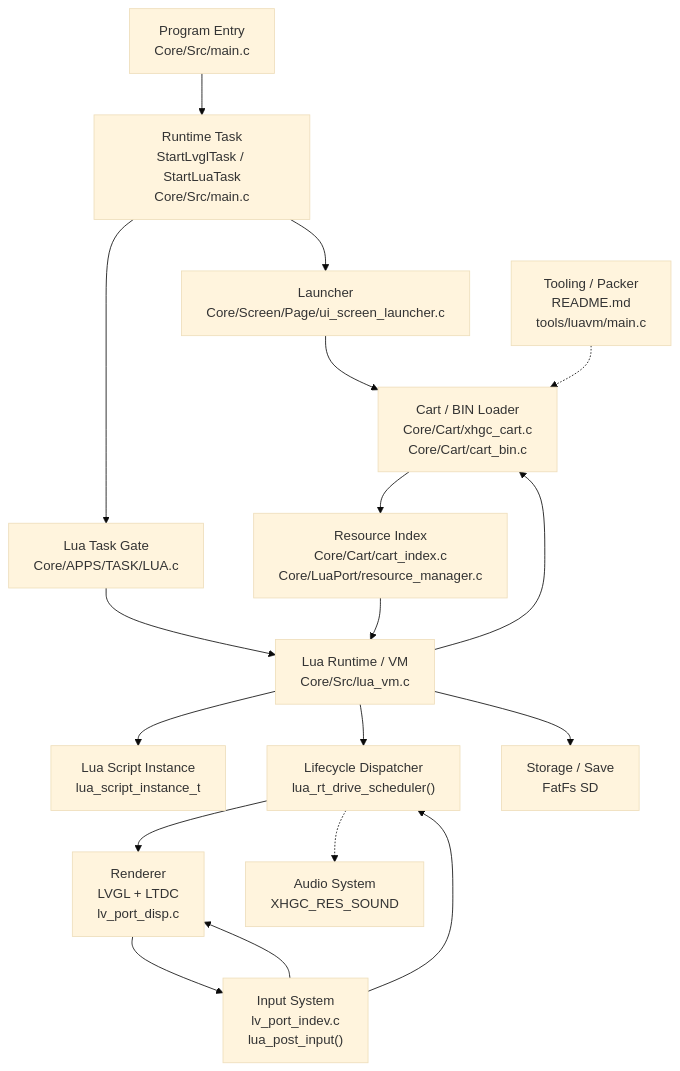
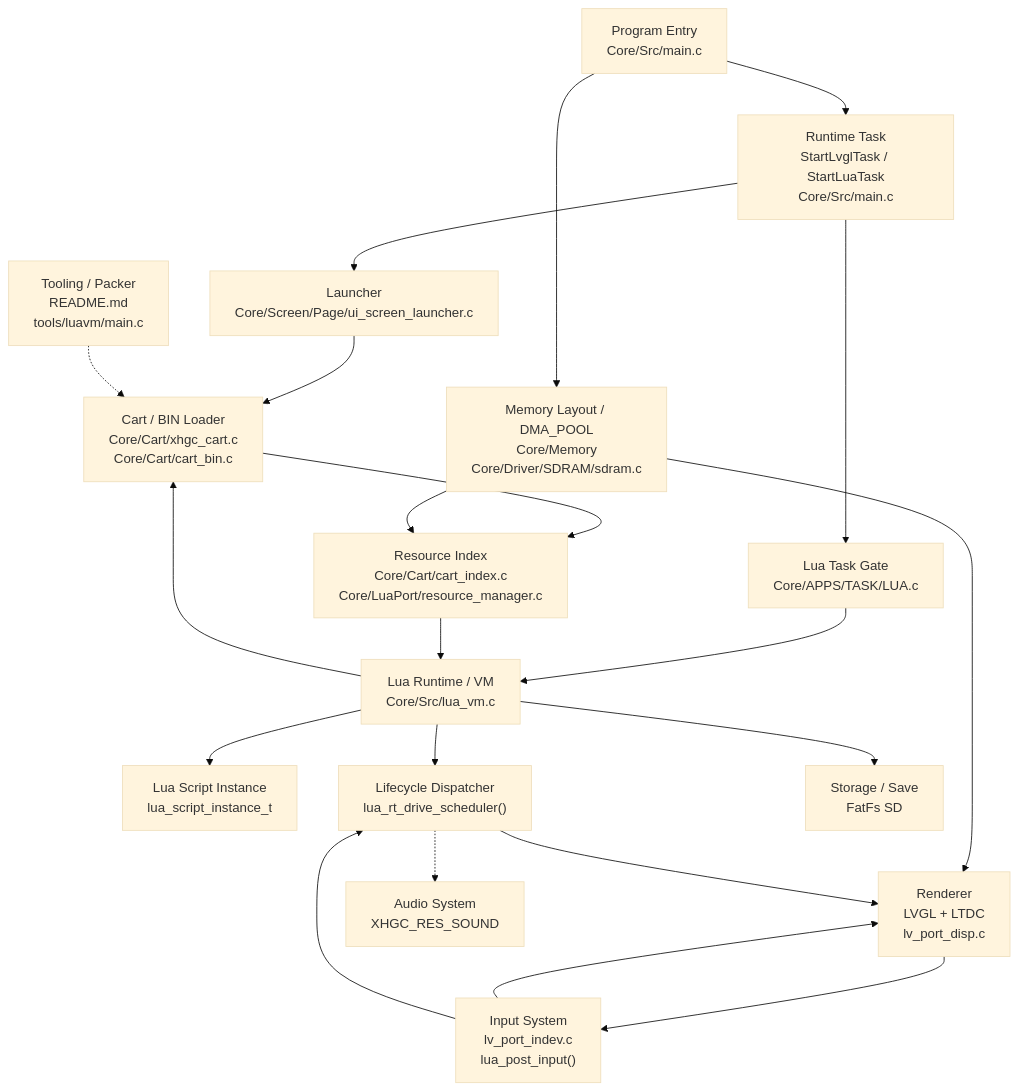
The first of 7 diagrams in Docs/architecture.md (ExMikuPro/cartdesk-os), drawn with Mermaid (base theme) before and after one commit. The commit also changed other lines of this file and 9 other files, not shown here.

Commit message:
feat: 接入 DMA_POOL 统计与 cache helper

````diff
--- a/Docs/architecture.md
+++ b/Docs/architecture.md
@@ -35,35 +35,39 @@
 ```mermaid
 flowchart TD
     Entry["Program Entry\nCore/Src/main.c"]
     LvglTask["Runtime Task\nStartLvglTask / StartLuaTask\nCore/Src/main.c"]
     Launcher["Launcher\nCore/Screen/Page/ui_screen_launcher.c"]
     LuaTask["Lua Task Gate\nCore/APPS/TASK/LUA.c"]
     LuaVM["Lua Runtime / VM\nCore/Src/lua_vm.c"]
     CartLoader["Cart / BIN Loader\nCore/Cart/xhgc_cart.c\nCore/Cart/cart_bin.c"]
     ResIndex["Resource Index\nCore/Cart/cart_index.c\nCore/LuaPort/resource_manager.c"]
+    Memory["Memory Layout / DMA_POOL\nCore/Memory\nCore/Driver/SDRAM/sdram.c"]
     ScriptInst["Lua Script Instance\nlua_script_instance_t"]
     Lifecycle["Lifecycle Dispatcher\nlua_rt_drive_scheduler()"]
     Input["Input System\nlv_port_indev.c\nlua_post_input()"]
     Renderer["Renderer\nLVGL + LTDC\nlv_port_disp.c"]
     Audio["Audio System\nXHGC_RES_SOUND"]
     Storage["Storage / Save\nFatFs SD"]
     Tooling["Tooling / Packer\nREADME.md\ntools/luavm/main.c"]
 
     Entry --> LvglTask
     LvglTask --> Launcher
     LvglTask --> LuaTask
     LuaTask --> LuaVM
     Launcher --> CartLoader
     LuaVM --> CartLoader
+    Entry --> Memory
     LuaVM --> ScriptInst
     LuaVM --> Lifecycle
     CartLoader --> ResIndex
+    Memory --> ResIndex
+    Memory --> Renderer
     ResIndex --> LuaVM
     Input --> Renderer
     Renderer --> Input
     Input --> Lifecycle
     Lifecycle --> Renderer
     Lifecycle -.-> Audio
     LuaVM --> Storage
     Tooling -.-> CartLoader
 ```
````
